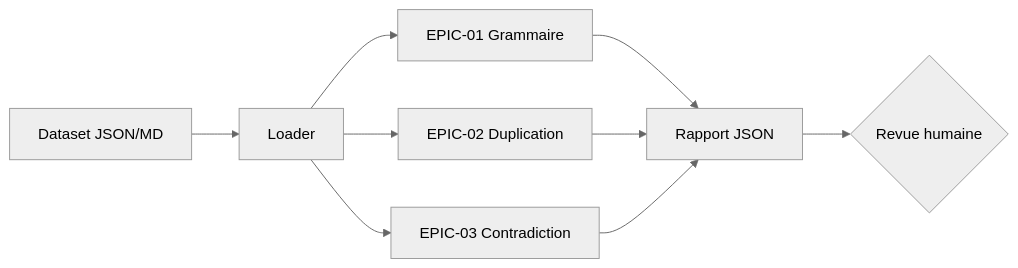
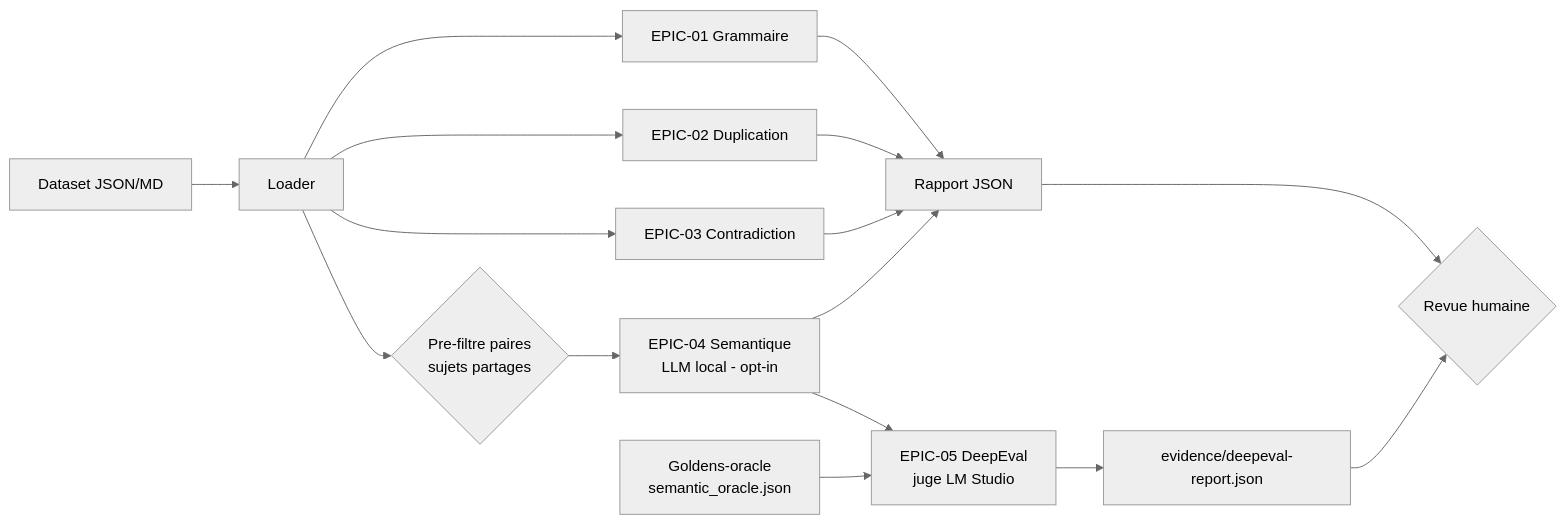
One commit to simo1487/Ingenierie_IA-Systemes_Agentiques changed the diagram in projets/Audit Exigences/docs/architecture.md. Above: the diagram before and after it, drawn with Mermaid (neutral theme). The commit also changed other lines of this file and 42 other files, not shown here.

First line of the commit message:
feat(audit-exigences): semantic AI audit (EPIC-04) + DeepEval eval ecosystem (EPIC-05)

````diff
--- a/projets/Audit Exigences/docs/architecture.md
+++ b/projets/Audit Exigences/docs/architecture.md
@@ -7,11 +7,19 @@
 ```mermaid
 flowchart LR
     D[Dataset JSON/MD] --> L[Loader]
     L --> A1[EPIC-01 Grammaire]
     L --> A2[EPIC-02 Duplication]
     L --> A3[EPIC-03 Contradiction]
+    L --> P{Pre-filtre paires<br/>sujets partages}
+    P --> A4[EPIC-04 Semantique<br/>LLM local - opt-in]
     A1 --> R[Rapport JSON]
     A2 --> R
     A3 --> R
+    A4 --> R
     R --> H{Revue humaine}
+
+    G[Goldens-oracle<br/>semantic_oracle.json] --> E[EPIC-05 DeepEval<br/>juge LM Studio]
+    A4 --> E
+    E --> EV[evidence/deepeval-report.json]
+    EV --> H
 ```
````
